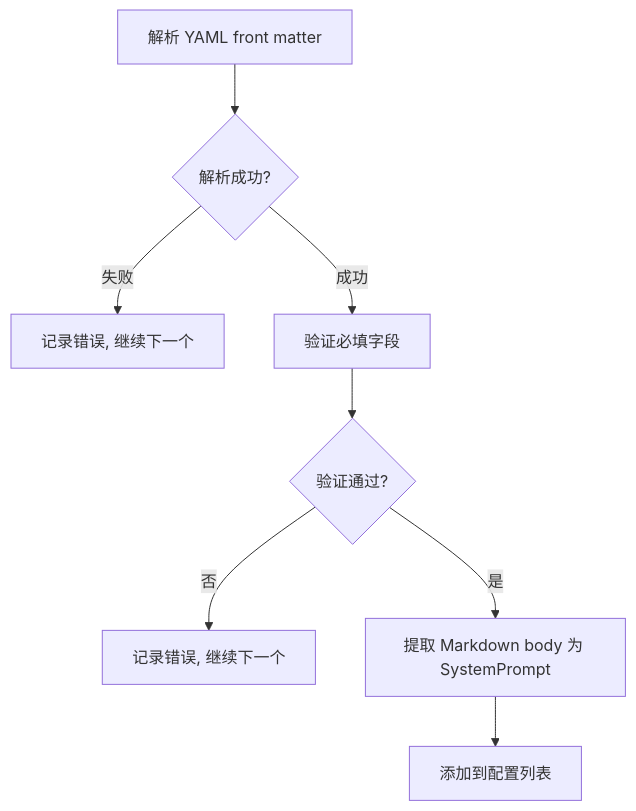
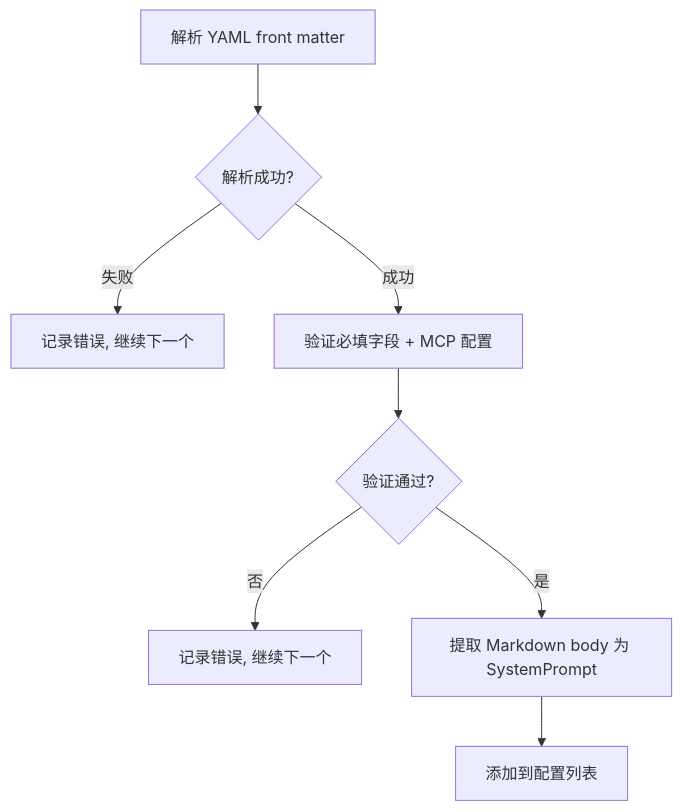
Before and after one commit to PineappleBond/xyncra-server: the fourth of 6 diagrams in wiki/flows/reload-agents.md, drawn with Mermaid. The commit also changed other lines of this file and 16 other files, not shown here.

First line of the commit message:
docs(wiki): comprehensive review and fix of all flow documents

````diff
--- a/wiki/flows/reload-agents.md
+++ b/wiki/flows/reload-agents.md
@@ -121,10 +131,10 @@
 ```mermaid
 flowchart TD
     A[解析 YAML front matter] --> B{解析成功?}
     B -->|失败| C[记录错误, 继续下一个]
-    B -->|成功| D[验证必填字段]
+    B -->|成功| D[验证必填字段 + MCP 配置]
     D --> E{验证通过?}
     E -->|否| F[记录错误, 继续下一个]
     E -->|是| G[提取 Markdown body 为 SystemPrompt]
     G --> H[添加到配置列表]
 ```
````
